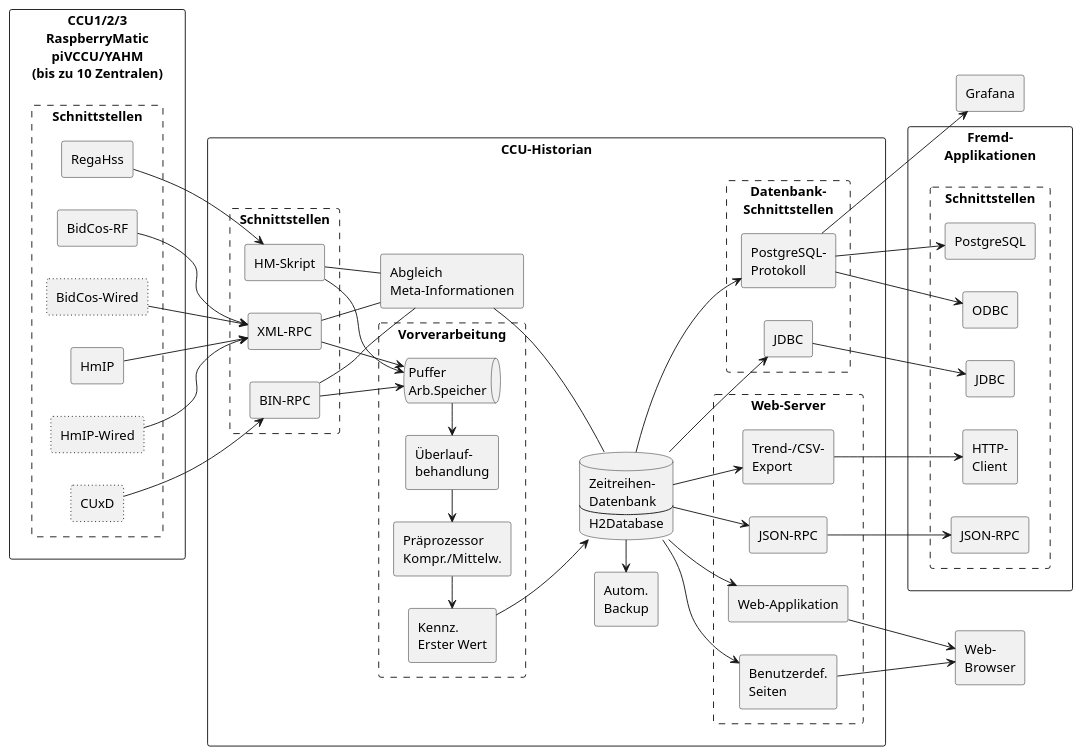
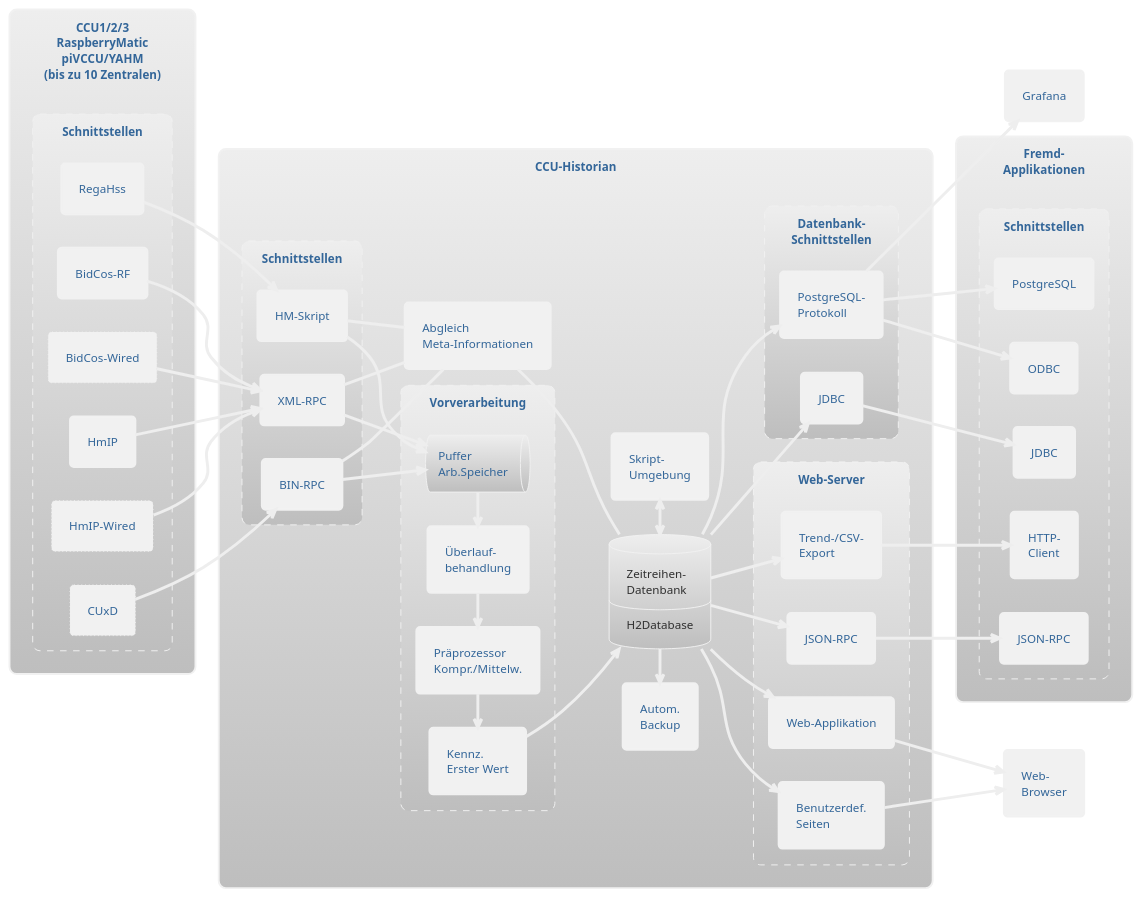
The diagram in doc/ccu-historian-overview.plantuml (mdzio/ccu-historian), drawn with PlantUML before and after one commit. The commit also changed 1 other file, not shown here.

Commit message:
update uml diagram

```diff
--- a/doc/ccu-historian-overview.plantuml
+++ b/doc/ccu-historian-overview.plantuml
@@ -1,105 +1,109 @@
 @startuml
+!theme silver
 left to right direction
 
 rectangle "CCU1/2/3\nRaspberryMatic\npiVCCU/YAHM\n(bis zu 10 Zentralen)" {
   rectangle "Schnittstellen" as ccuitf #line.dashed {
     rectangle "RegaHss" as regahss
     rectangle "BidCos-RF" as bidcosrf
     rectangle "BidCos-Wired" as bidcoswired #line.dotted
     rectangle "HmIP" as hmip
     rectangle "HmIP-Wired" as hmipwired #line.dotted
     rectangle "CUxD" as cuxd #line.dotted
   }
 }
 
 rectangle "CCU-Historian" {
   rectangle "Schnittstellen" #line.dashed {
     rectangle "HM-Skript" as hmskript
     rectangle "XML-RPC" as xmlrpc
     rectangle "BIN-RPC" as binrpc
   }
 
   regahss --> hmskript
   bidcosrf --> xmlrpc
   bidcoswired --> xmlrpc
   hmip --> xmlrpc
   hmipwired --> xmlrpc
   cuxd --> binrpc
 
   rectangle "Abgleich\nMeta-Informationen" as abglmeta
   hmskript -- abglmeta
   binrpc -- abglmeta
   xmlrpc -- abglmeta
 
   database db [
     Zeitreihen-
     Datenbank
     ---
     H2Database
   ]
   abglmeta -- db
 
   rectangle "Autom.\nBackup" as backup
   backup <- db
+
+  rectangle "Skript-\nUmgebung" as scriptenv
+  db <-> scriptenv
 
   rectangle "Vorverarbeitung" #line.dashed {
     queue "Puffer\nArb.Speicher" as puffer
     hmskript --> puffer
     binrpc --> puffer
     xmlrpc --> puffer
 
     rectangle "Überlauf-\nbehandlung" as overfl
     overfl <- puffer
 
     rectangle "Präprozessor\nKompr./Mittelw." as preproc
     preproc <- overfl 
 
     rectangle "Kennz.\nErster Wert" as firstar
     firstar <- preproc 
   }
   firstar --> db
 
   rectangle "Datenbank-\nSchnittstellen" #line.dashed {
     rectangle "PostgreSQL-\nProtokoll" as postgresql
     db --> postgresql
 
     rectangle "JDBC" as jdbc
     db --> jdbc
   }
 
   rectangle "Web-Server" #line.dashed {
     rectangle "Web-Applikation" as webapp
     rectangle "Trend-/CSV-\nExport" as export
     rectangle "JSON-RPC" as jsonrpc
     rectangle "Benutzerdef.\nSeiten" as custom
 
     db --> webapp
     db --> export
     db --> custom
     db --> jsonrpc
   }
 }
 
 rectangle "Web-\nBrowser" as webb
 custom --> webb
 webapp --> webb
 
 rectangle "Grafana" as grafana
 postgresql --> grafana
 
 rectangle "Fremd-\nApplikationen" {
   rectangle "Schnittstellen" as appitf #line.dashed {
     rectangle "PostgreSQL" as itfpostgresql
     rectangle "ODBC" as itfodbc
     rectangle "JDBC" as itfjdbc
     rectangle "HTTP-\nClient" as itfhttp
     rectangle "JSON-RPC" as itfjsonrpc
 
     postgresql --> itfpostgresql
     postgresql --> itfodbc
     jdbc --> itfjdbc
     export --> itfhttp
     jsonrpc --> itfjsonrpc
   }
 }
 @enduml
```
